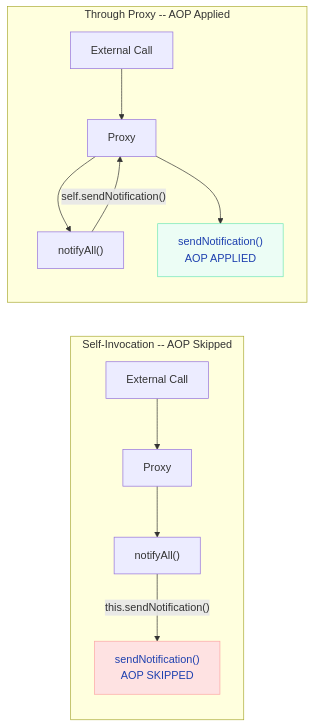
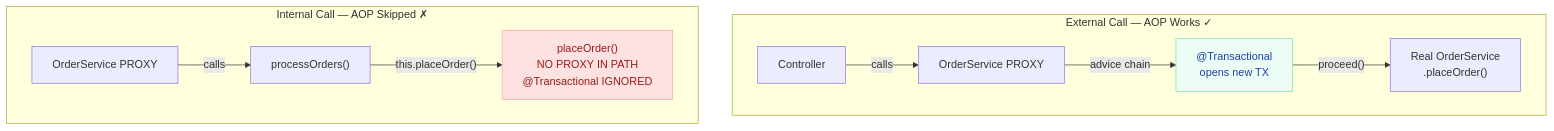
The fourth of 4 diagrams in docs/springboot/aop.md (saivamsikaruturi/vamsilabs-dev-notes-main), drawn with Mermaid before and after one commit. The commit also changed other lines of this file and 21 other files, not shown here.

````diff
--- a/docs/springboot/aop.md
+++ b/docs/springboot/aop.md
@@ -532,16 +647,18 @@
 ```mermaid
-flowchart LR
-    subgraph Problem["Self-Invocation -- AOP Skipped"]
-        E["External Call"] --> P["Proxy"] --> T["notifyAll()"]
-        T -->|"this.sendNotification()"| T2["sendNotification()<br/>AOP SKIPPED"]
+flowchart TB
+    subgraph External["External Call — AOP Works ✓"]
+        direction LR
+        Controller1["Controller"] -->|"calls"| Proxy1["OrderService PROXY"]
+        Proxy1 -->|"advice chain"| Advice1["@Transactional<br/>opens new TX"]
+        Advice1 -->|"proceed()"| Real1["Real OrderService<br/>.placeOrder()"]
     end
 
-    subgraph Fix["Through Proxy -- AOP Applied"]
-        E2["External Call"] --> P2["Proxy"] --> T3["notifyAll()"]
-        T3 -->|"self.sendNotification()"| P2
-        P2 --> T4["sendNotification()<br/>AOP APPLIED"]
+    subgraph Internal["Internal Call — AOP Skipped ✗"]
+        direction LR
+        Proxy2["OrderService PROXY"] -->|"calls"| Method1["processOrders()"]
+        Method1 -->|"this.placeOrder()"| Method2["placeOrder()<br/>NO PROXY IN PATH<br/>@Transactional IGNORED"]
     end
 
-    style T2 fill:#FEE2E2,stroke:#FCA5A5,color:#1E40AF
-    style T4 fill:#ECFDF5,stroke:#6EE7B7,color:#1E40AF
+    style Advice1 fill:#ECFDF5,stroke:#6EE7B7,color:#1E40AF
+    style Method2 fill:#FEE2E2,stroke:#FCA5A5,color:#991B1B
 ```
````
